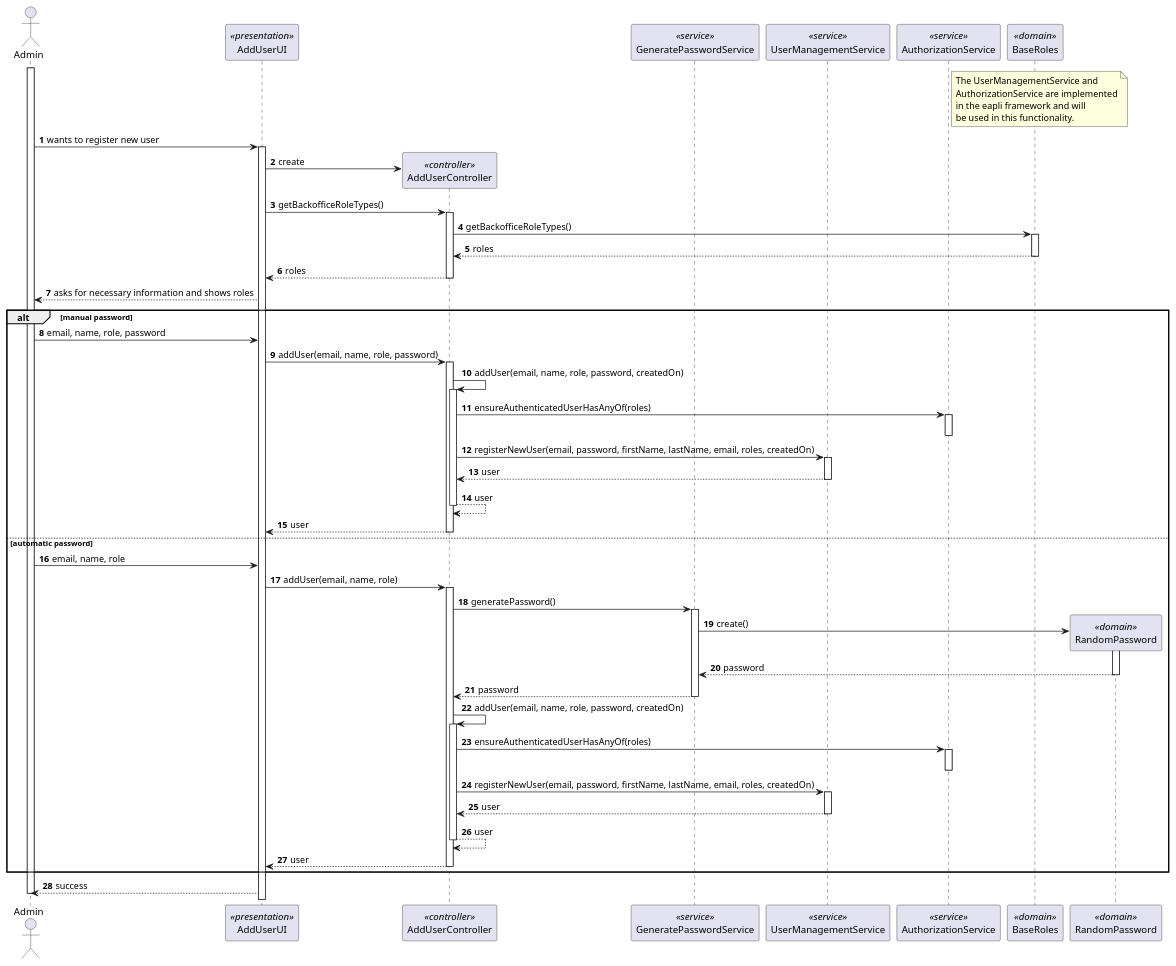
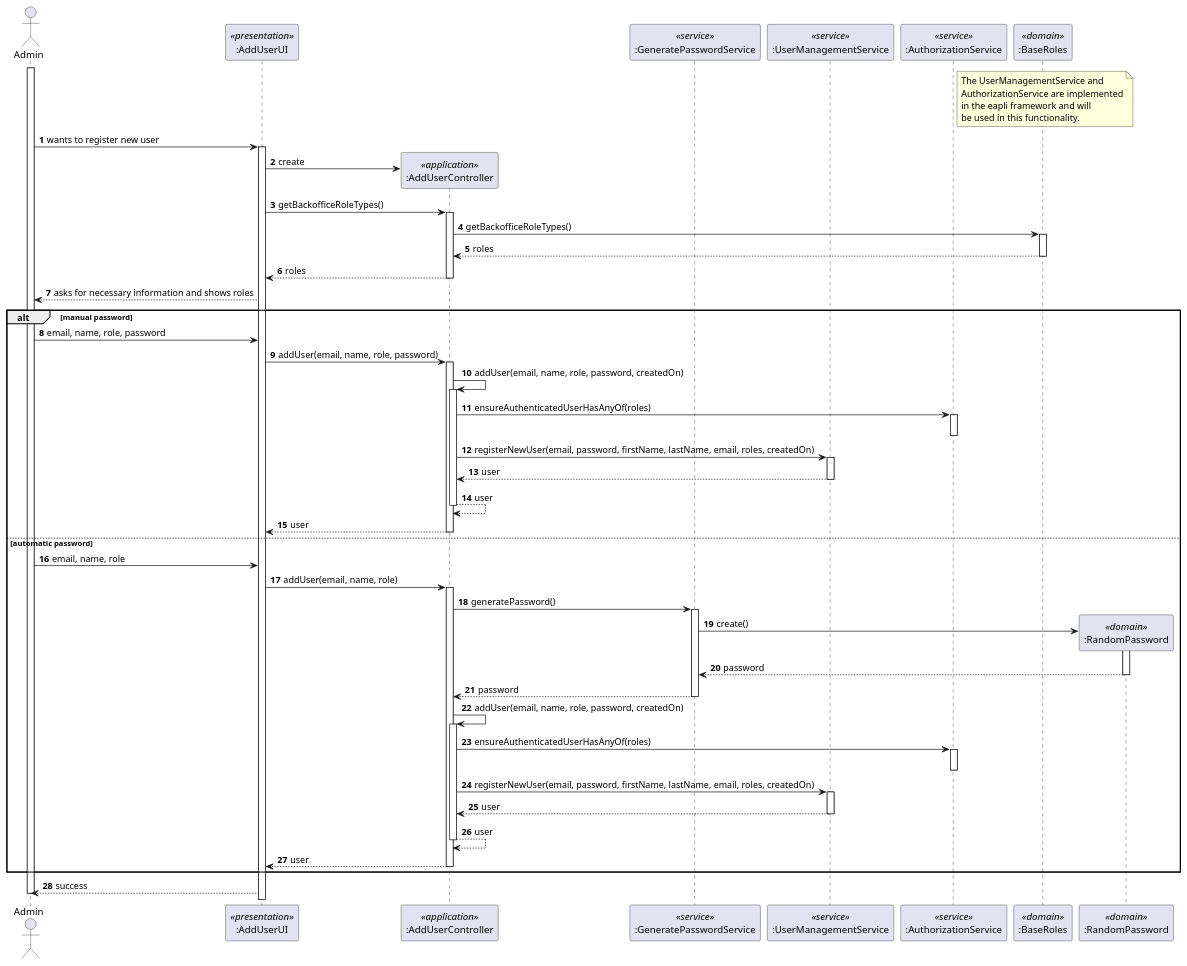
The diagram in docs/sb_us_1000/sequence-diagram-register-user.puml (rita-barbosa/LAPR4-2324), drawn with PlantUML before and after one commit. The commit also changed 15 other files, not shown here.

Commit message:
docs: corrects participants declaration in sequence diagrams of us's 1000, 1001, 1009 and g007. [#116]

```diff
--- a/docs/sb_us_1000/sequence-diagram-register-user.puml
+++ b/docs/sb_us_1000/sequence-diagram-register-user.puml
@@ -1,116 +1,116 @@
 @startuml
 autonumber
 
 
 actor "Admin" as AD
 
-participant "AddUserUI" as RUUI <<presentation>>
-participant "AddUserController" as AUC <<controller>>
-participant "GeneratePasswordService" as GPS <<service>>
-participant "UserManagementService" as UMS <<service>>
-participant "AuthorizationService" as AUTHZ <<service>>
-participant "BaseRoles" as BR <<domain>>
-participant "RandomPassword" as PG <<domain>>
+participant ":AddUserUI" as RUUI <<presentation>>
+participant ":AddUserController" as AUC <<application>>
+participant ":GeneratePasswordService" as GPS <<service>>
+participant ":UserManagementService" as UMS <<service>>
+participant ":AuthorizationService" as AUTHZ <<service>>
+participant ":BaseRoles" as BR <<domain>>
+participant ":RandomPassword" as PG <<domain>>
 
 
 
 note right AUTHZ
 The UserManagementService and
 AuthorizationService are implemented
 in the eapli framework and will
 be used in this functionality.
 end note
 
 activate AD
 
 AD -> RUUI: wants to register new user
 activate RUUI
 
 RUUI -> AUC**: create
 
 RUUI -> AUC :getBackofficeRoleTypes()
 activate AUC
 
 AUC -> BR :getBackofficeRoleTypes()
 activate BR
 
 BR --> AUC: roles
 deactivate BR
 
 AUC --> RUUI: roles
 deactivate AUC
 
 RUUI --> AD: asks for necessary information and shows roles
 
 alt manual password
 AD -> RUUI: email, name, role, password
 RUUI -> AUC: addUser(email, name, role, password)
 activate AUC
 
 AUC -> AUC: addUser(email, name, role, password, createdOn)
 activate AUC
 
 AUC -> AUTHZ:  ensureAuthenticatedUserHasAnyOf(roles)
 activate AUTHZ
 
 deactivate AUTHZ
 
 AUC -> UMS: registerNewUser(email, password, firstName, lastName, email, roles, createdOn)
 activate UMS
 
 
 
 UMS --> AUC: user
 deactivate UMS
 
 AUC --> AUC: user
 deactivate AUC
 
 AUC --> RUUI: user
 deactivate AUC
 
 else automatic password
 AD -> RUUI: email, name, role
 RUUI -> AUC: addUser(email, name, role)
 activate AUC
 
 AUC -> GPS: generatePassword()
 activate GPS
 
 GPS -> PG**: create()
 activate PG
 
 PG --> GPS: password
 deactivate PG
 
 GPS --> AUC: password
 deactivate GPS
 
 
 AUC -> AUC: addUser(email, name, role, password, createdOn)
 activate AUC
 
 AUC -> AUTHZ:  ensureAuthenticatedUserHasAnyOf(roles)
 activate AUTHZ
 
 deactivate AUTHZ
 
 AUC -> UMS: registerNewUser(email, password, firstName, lastName, email, roles, createdOn)
 activate UMS
 
 UMS --> AUC: user
 deactivate UMS
 
 AUC --> AUC: user
 deactivate AUC
 
 AUC --> RUUI: user
 deactivate AUC
 
 end
 
 RUUI --> AD: success
 
 deactivate AD
 
 @enduml
```
